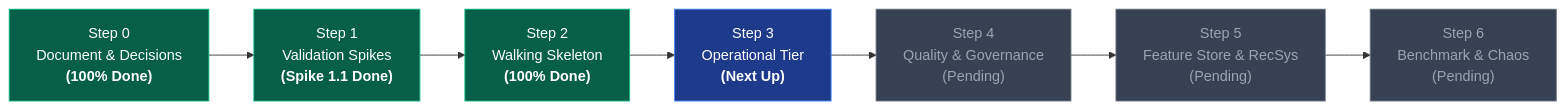
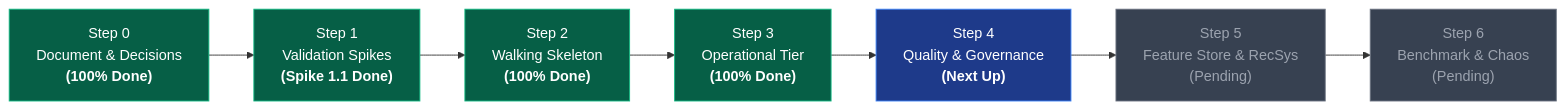
The first of 4 diagrams in project_step.md (Haidendoo/ValoStream), drawn with Mermaid before and after one commit. The commit also changed other lines of this file and 10 other files, not shown here.

````diff
--- a/project_step.md
+++ b/project_step.md
@@ -37,16 +37,16 @@
 ```mermaid
 flowchart LR
     S0["Step 0\nDocument & Decisions\n<b>(100% Done)</b>"]:::done
     S1["Step 1\nValidation Spikes\n<b>(Spike 1.1 Done)</b>"]:::done
     S2["Step 2\nWalking Skeleton\n<b>(100% Done)</b>"]:::done
-    S3["Step 3\nOperational Tier\n<b>(Next Up)</b>"]:::current
-    S4["Step 4\nQuality & Governance\n(Pending)"]:::pending
+    S3["Step 3\nOperational Tier\n<b>(100% Done)</b>"]:::done
+    S4["Step 4\nQuality & Governance\n<b>(Next Up)</b>"]:::current
     S5["Step 5\nFeature Store & RecSys\n(Pending)"]:::pending
     S6["Step 6\nBenchmark & Chaos\n(Pending)"]:::pending
 
     S0 --> S1 --> S2 --> S3 --> S4 --> S5 --> S6
 
     classDef done fill:#065f46,stroke:#10b981,color:#fff;
     classDef current fill:#1e3a8a,stroke:#3b82f6,color:#fff;
     classDef pending fill:#374151,stroke:#6b7280,color:#9ca3af;
 ```
````
